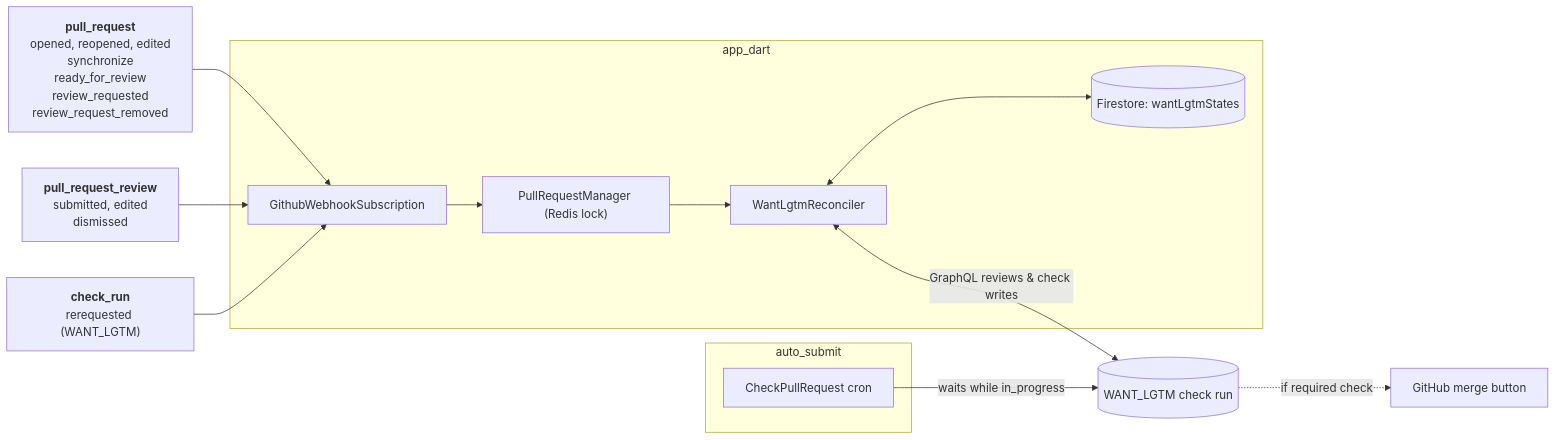
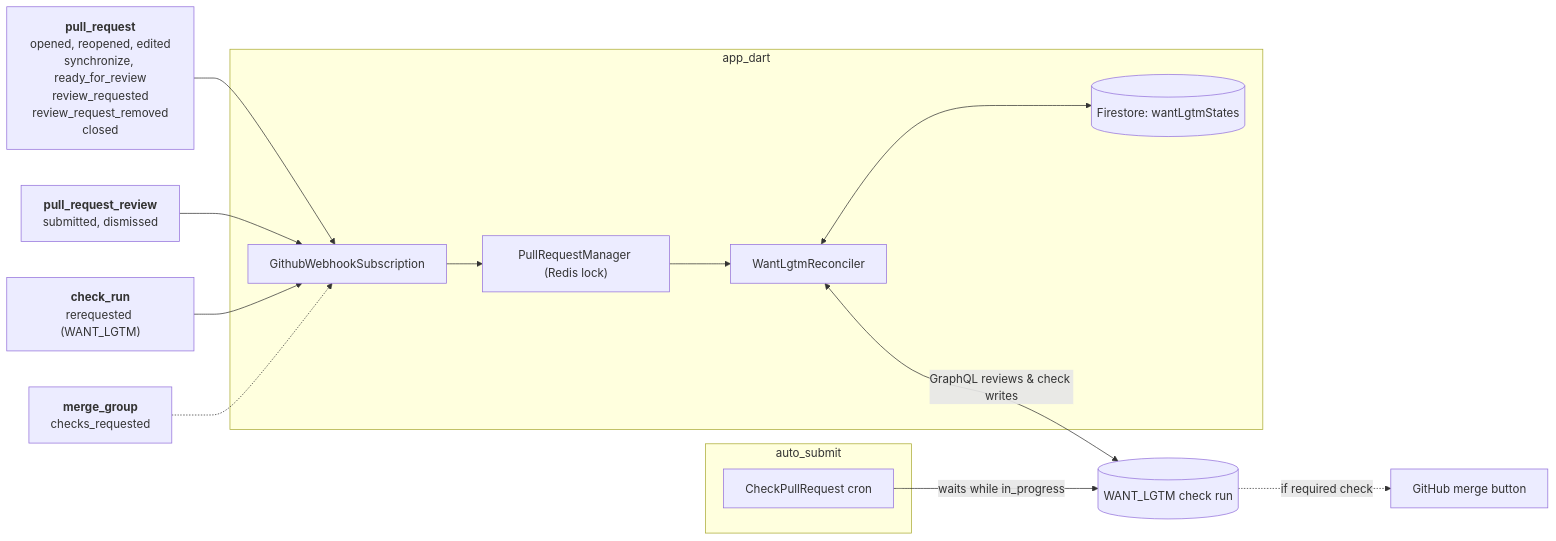
The first of 2 diagrams in rfc/610.0000-want-lgtm.md (flutter/rfc), drawn with Mermaid before and after one commit. The commit also changed other lines of this file, not shown here.

````diff
--- a/rfc/610.0000-want-lgtm.md
+++ b/rfc/610.0000-want-lgtm.md
@@ -75,31 +74,33 @@
 ```mermaid
 flowchart LR
   PR["`**pull_request**
   opened, reopened, edited
-  synchronize
-  ready_for_review
+  synchronize, ready_for_review
   review_requested
-  review_request_removed`"]
+  review_request_removed
+  closed`"]
   PRR["`**pull_request_review**
-  submitted, edited
-  dismissed`"]
+  submitted, dismissed`"]
   CHK["`**check_run**
   rerequested (WANT_LGTM)`"]
+  MG["`**merge_group**
+  checks_requested`"]
 
   subgraph app["app_dart"]
     WH["GithubWebhookSubscription"] --> PRM["PullRequestManager (Redis lock)"]
     PRM --> REC["WantLgtmReconciler"]
     REC <--> FS[("Firestore: wantLgtmStates")]
   end
 
   PR --> WH
   PRR --> WH
   CHK --> WH
+  MG -.-> WH
   REC <-->|"GraphQL reviews & check writes"| CR[("WANT_LGTM check run")]
 
   subgraph auto["auto_submit"]
     CRON["CheckPullRequest cron"]
   end
   CRON -->|"waits while in_progress"| CR
   CR -.->|"if required check"| BTN["GitHub merge button"]
 ```
````
